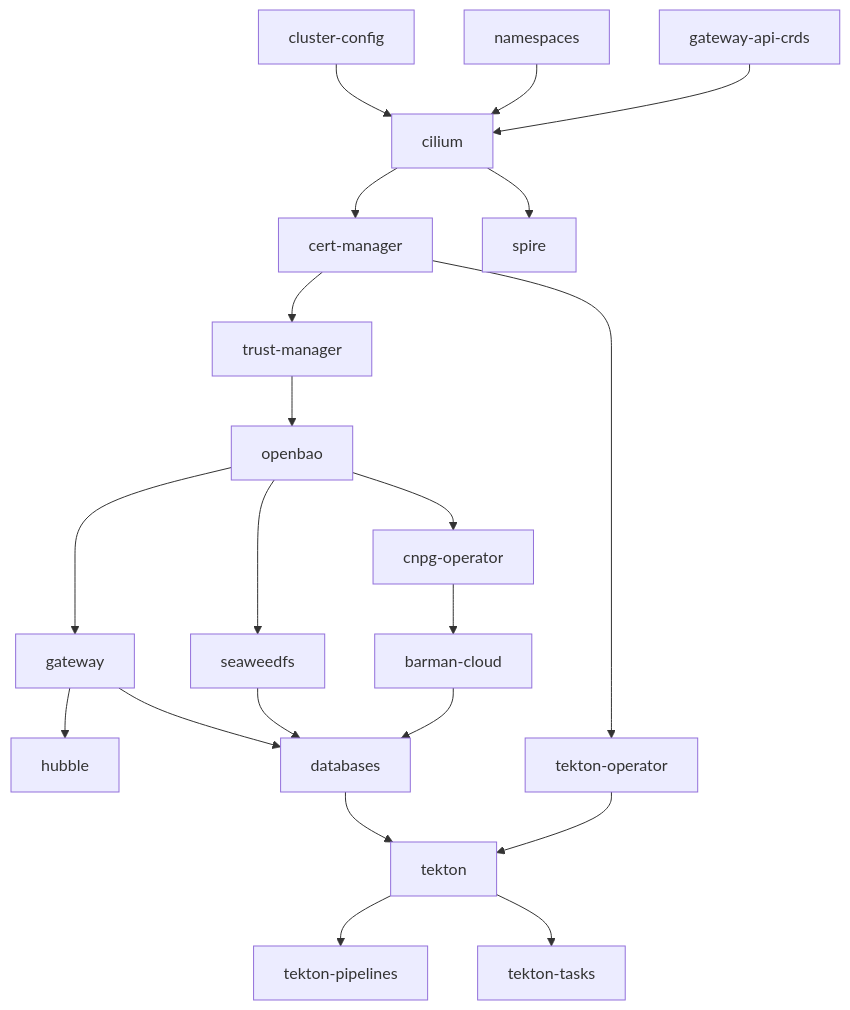
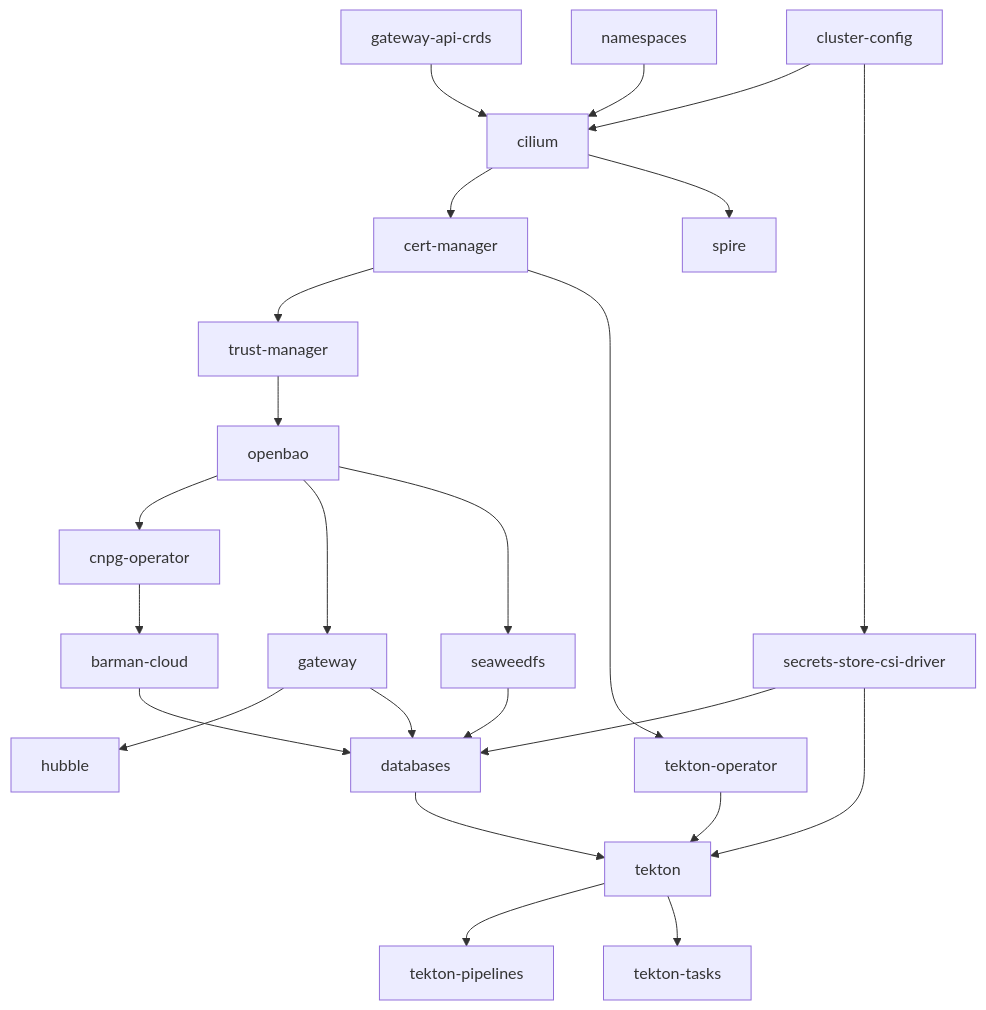
Before and after one commit to DragonBishop/data_science_cluster: the diagram in docs/INSTALLATION.md, drawn with Mermaid. The commit also changed other lines of this file and 5 other files, not shown here.

First line of the commit message:
docs: describe login delivery through the Secrets Store CSI driver

````diff
--- a/docs/INSTALLATION.md
+++ b/docs/INSTALLATION.md
@@ -439,33 +439,36 @@
 ```mermaid
 flowchart TD
     %% Base Foundations
     crds["gateway-api-crds"] --> cilium["cilium"]
     ns["namespaces"] --> cilium
     cc["cluster-config"] --> cilium
 
     %% Core Services & PKI
     cilium --> certmgr["cert-manager"]
     certmgr --> trustmgr["trust-manager"]
     trustmgr --> openbao["openbao"]
     cilium --> spire["spire"]
 
     %% Platform Services
     openbao --> cnpg["cnpg-operator"]
     cnpg --> barman["barman-cloud"]
 
     openbao --> gw["gateway"]
     gw --> hubble["hubble"]
 
     %% Applications
     openbao --> seaweedfs["seaweedfs"]
+    cc --> csidriver["secrets-store-csi-driver"]
     barman --> db["databases"]
     seaweedfs --> db
     gw --> db
+    csidriver --> db
 
     %% CI
     certmgr --> tektonop["tekton-operator"]
     tektonop --> tekton["tekton"]
     db --> tekton
+    csidriver --> tekton
     tekton --> tektonpipelines["tekton-pipelines"]
     tekton --> tektontasks["tekton-tasks"]
 ```
````
